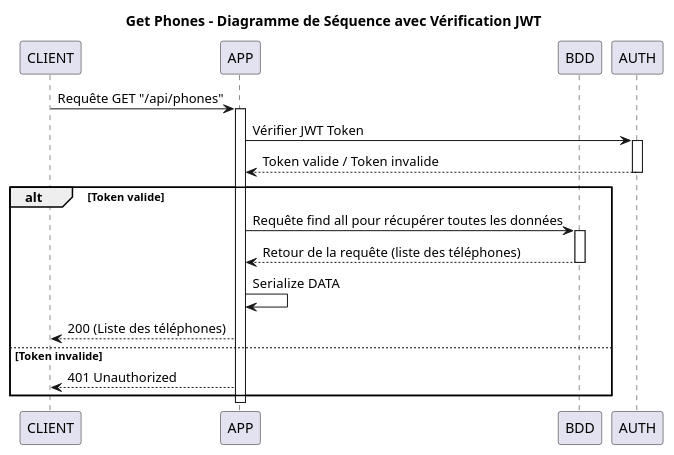
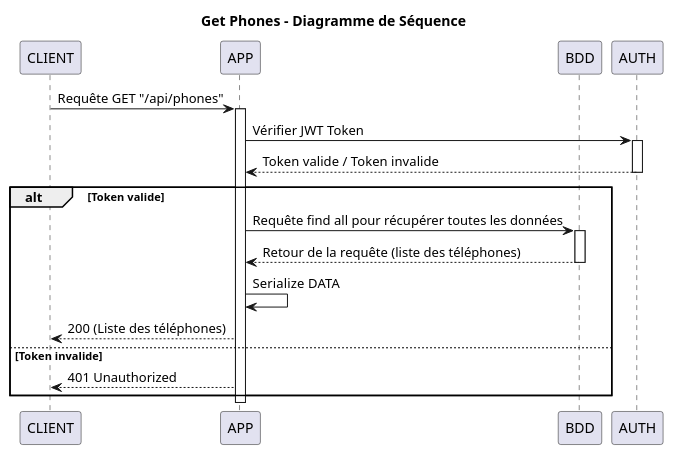
Before and after one commit to Waarrez/P7: the diagram in docs/Diagramme de séquence/GET Phones.puml, drawn with PlantUML. The commit also changed 2 other files, not shown here.

```diff
--- a/docs/Diagramme de séquence/GET Phones.puml
+++ b/docs/Diagramme de séquence/GET Phones.puml
@@ -1,31 +1,31 @@
 @startuml
 
-title Get Phones - Diagramme de Séquence avec Vérification JWT
+title Get Phones - Diagramme de Séquence
 
 participant CLIENT
 participant APP
 participant BDD
 participant AUTH
 
 CLIENT -> APP: Requête GET "/api/phones"
 activate APP
 
 APP -> AUTH : Vérifier JWT Token
 activate AUTH
 AUTH --> APP : Token valide / Token invalide
 deactivate AUTH
 
 alt Token valide
     APP -> BDD  : Requête find all pour récupérer toutes les données
     activate BDD
     BDD --> APP : Retour de la requête (liste des téléphones)
     deactivate BDD
     APP -> APP : Serialize DATA
     APP --> CLIENT : 200 (Liste des téléphones)
 else Token invalide
     APP --> CLIENT : 401 Unauthorized
 end
 
 deactivate APP
 
 @enduml
```
